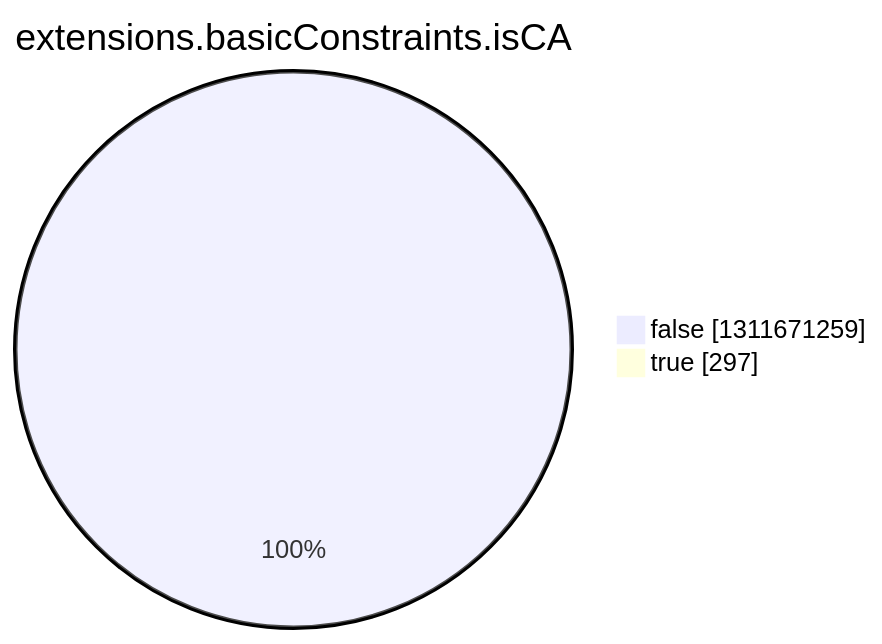
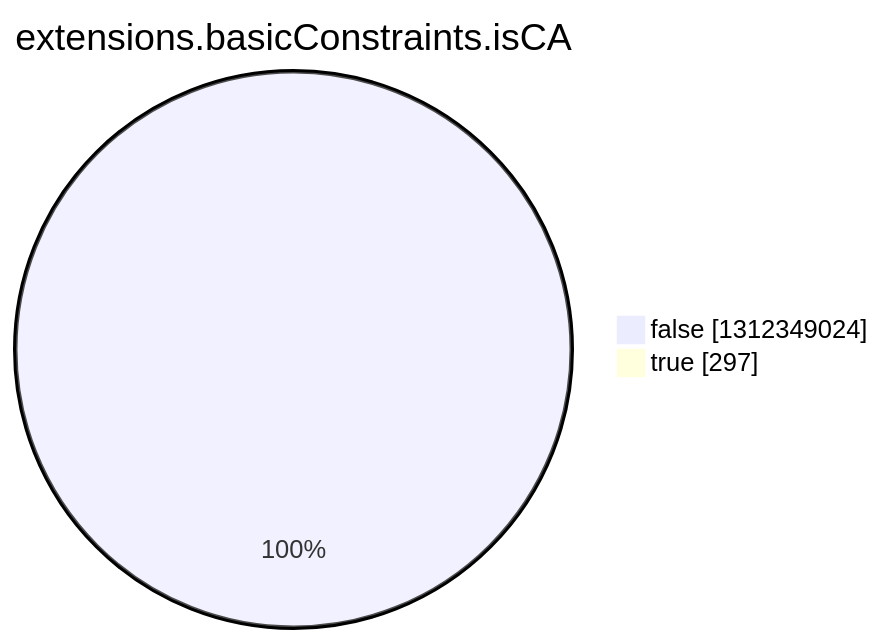
The eighth of 15 diagrams in argon2022/README.md (christiankrug/ctmonitor_visualization), drawn with Mermaid before and after one commit. The commit also changed other lines of this file, not shown here.

````diff
--- a/argon2022/README.md
+++ b/argon2022/README.md
@@ -2758,6 +2758,6 @@
 ```mermaid
 pie showData
 title extensions.basicConstraints.isCA
-"false" :1311671259
+"false" :1312349024
 "true" :297
 ```
````
